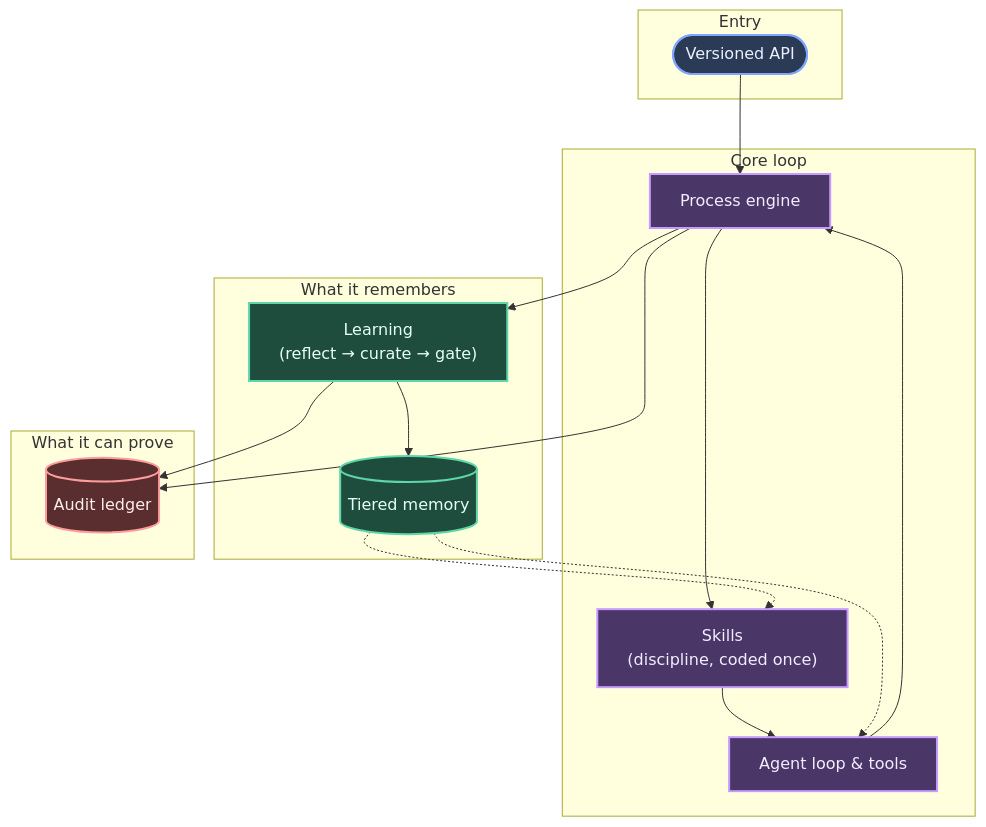
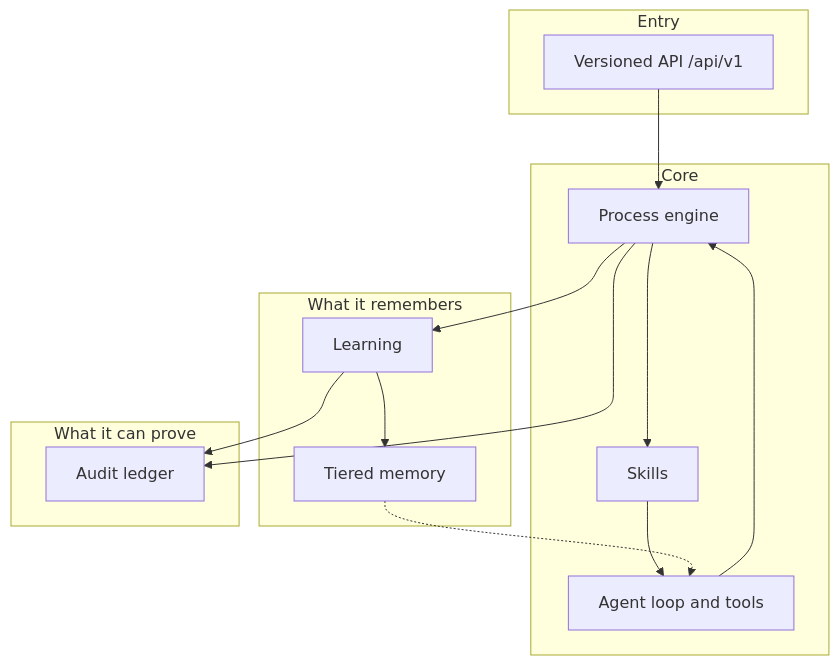
The diagram in docs/architecture.md (GrokBuildMJW/ironclad), drawn with Mermaid before and after one commit. The commit also changed other lines of this file and 13 other files, not shown here.

````diff
--- a/docs/architecture.md
+++ b/docs/architecture.md
@@ -195,41 +20,27 @@
 ```mermaid
 flowchart TB
-    subgraph ENTRY["Entry"]
-        API(["Versioned API"])
+    subgraph Entry
+        API["Versioned API /api/v1"]
     end
-
-    subgraph CORE["Core loop"]
-        PROC["Process engine"]
-        SKILL["Skills\n(discipline, coded once)"]
-        AGENT["Agent loop & tools"]
+    subgraph Core
+        PROC[Process engine]
+        SKILL[Skills]
+        AGENT[Agent loop and tools]
     end
-
-    subgraph MIND["What it remembers"]
-        LEARN["Learning\n(reflect → curate → gate)"]
-        MEM[("Tiered memory")]
+    subgraph MemoryLane[What it remembers]
+        LEARN[Learning]
+        MEM[Tiered memory]
     end
-
-    subgraph TRUST["What it can prove"]
-        AUDIT[("Audit ledger")]
+    subgraph Proof[What it can prove]
+        AUDIT[Audit ledger]
     end
-
     API --> PROC
     PROC --> SKILL
     SKILL --> AGENT
     AGENT --> PROC
     PROC --> LEARN
     LEARN --> MEM
     MEM -.-> AGENT
-    MEM -.-> SKILL
     PROC --> AUDIT
     LEARN --> AUDIT
-
-    classDef entry fill:#2b3a55,stroke:#7ea6ff,stroke-width:2px,color:#eaf0ff
-    classDef core fill:#4a3768,stroke:#c79bff,stroke-width:2px,color:#f3ecff
-    classDef mind fill:#1f4d3d,stroke:#5fd6a8,stroke-width:2px,color:#e6fff5
-    classDef trust fill:#5a2e2e,stroke:#ff9d9d,stroke-width:2px,color:#ffecec
-    class API entry
-    class PROC,SKILL,AGENT core
-    class LEARN,MEM mind
-    class AUDIT trust
 ```
````
